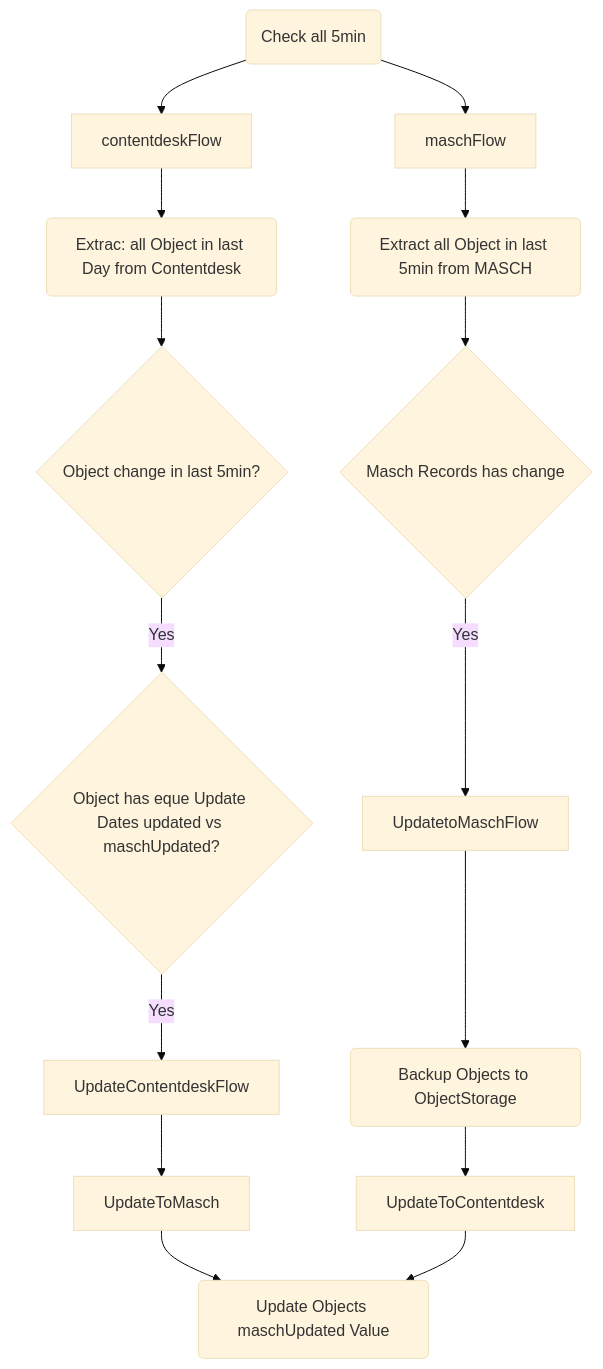
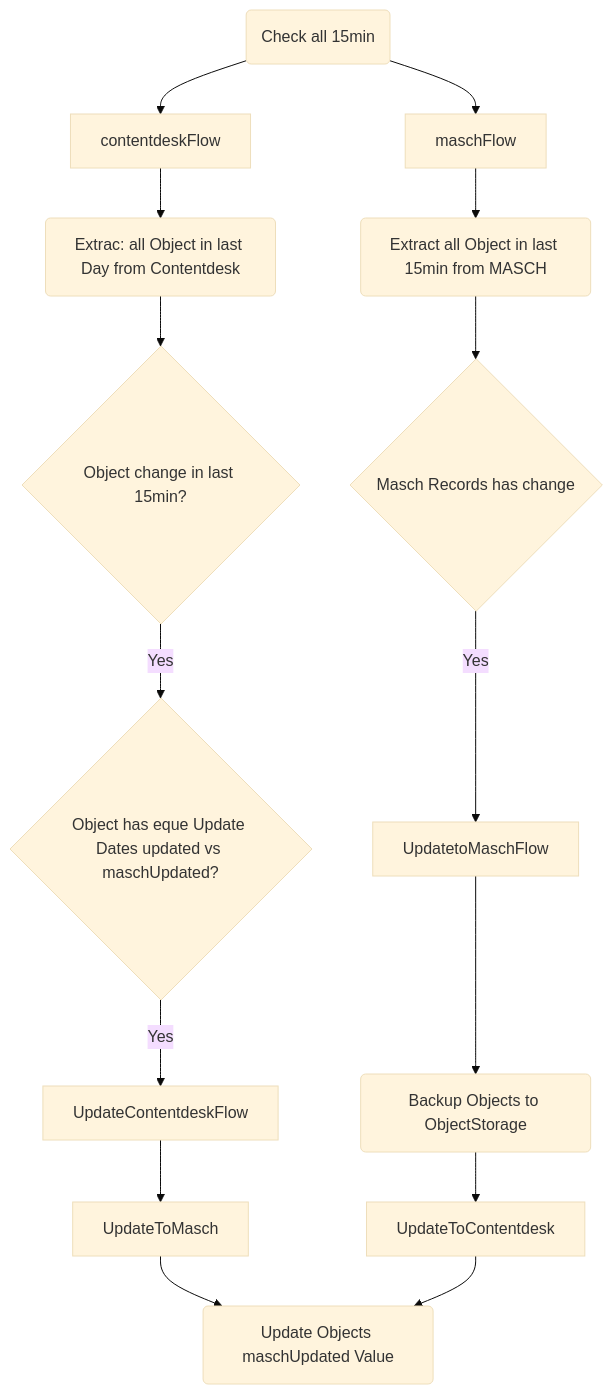
One commit to Jungfrau-Region-Tourismus-AG/python-masch-akeneo-jrtag changed the diagram in readme.md. Above: the diagram before and after it, drawn with Mermaid (base theme).

Commit message:
Update flowchart timing in README to reflect 15-minute intervals

````diff
--- a/readme.md
+++ b/readme.md
@@ -5,19 +5,19 @@
 ```mermaid
 flowchart TD
-    check(Check all 5min) --> contentdeskFlow
+    check(Check all 15min) --> contentdeskFlow
     check --> maschFlow
 
     contentdeskFlow --> ExtractContentdesk(Extrac: all Object in last Day from Contentdesk)
-    ExtractContentdesk --> ObjectChangeLast5min{Object change in last 5min?}
+    ExtractContentdesk --> ObjectChangeLast5min{Object change in last 15min?}
     ObjectChangeLast5min --> |Yes| OBjectHasEqualDate{Object has eque Update Dates updated vs maschUpdated?}
     OBjectHasEqualDate --> |Yes| UpdateContentdeskFlow
     UpdateContentdeskFlow --> UpdateToMasch
     UpdateToMasch --> UpdateMaschUpdatedDateToContentdesk(Update Objects maschUpdated Value)
 
-    maschFlow --> ExtractMasch(Extract all Object in last 5min from MASCH)
+    maschFlow --> ExtractMasch(Extract all Object in last 15min from MASCH)
     ExtractMasch --> ObjectMaschChange{Masch Records has change}
     ObjectMaschChange --> |Yes| UpdatetoMaschFlow
     UpdatetoMaschFlow --> BackupObjectContentdesk(Backup Objects to ObjectStorage)
     BackupObjectContentdesk --> UpdateToContentdesk
     UpdateToContentdesk --> UpdateMaschUpdatedDateToContentdesk
 ```
````
